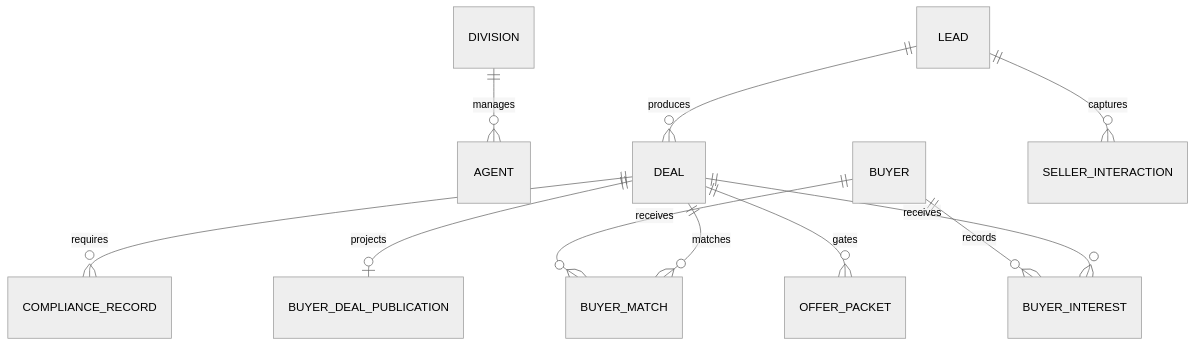
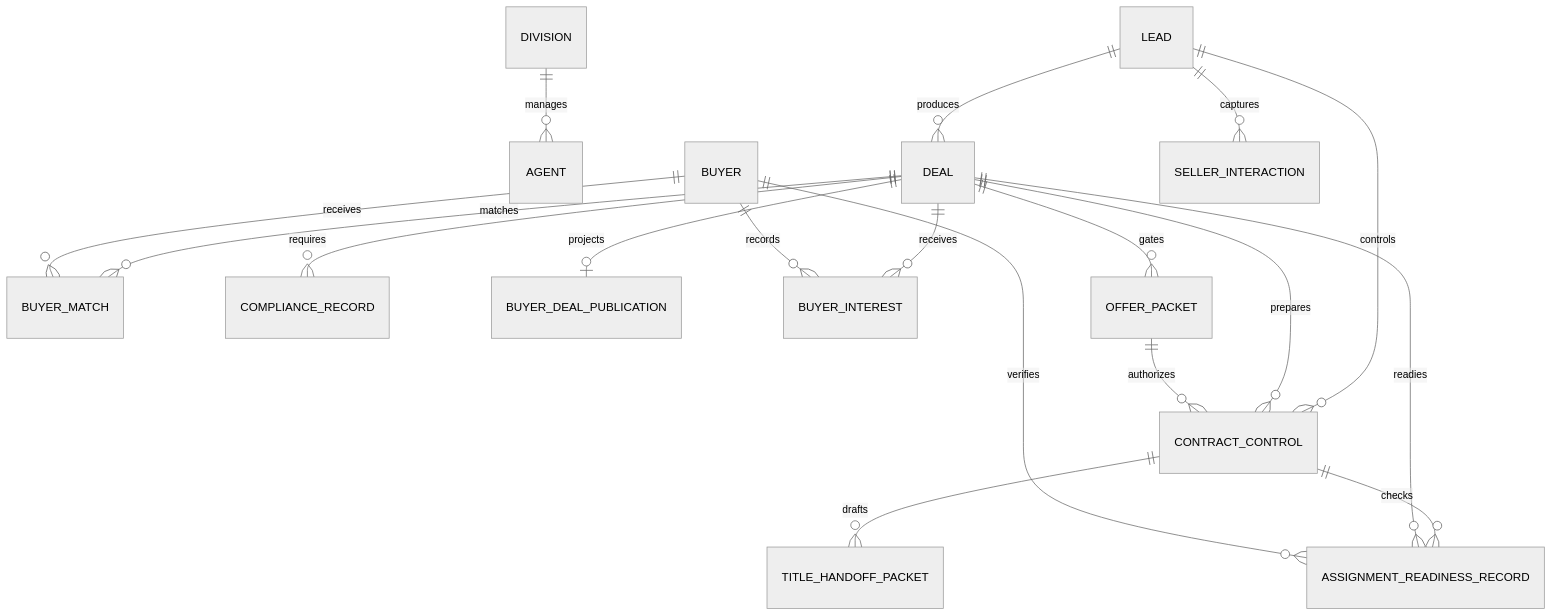
The diagram in docs/ARCHITECTURE.md (ceojoe88/prime2-wholesale-deal-os), drawn with Mermaid (neutral theme) before and after one commit. The commit also changed other lines of this file and 23 other files, not shown here.

Commit message:
Build V4 contract control title handoff gate

````diff
--- a/docs/ARCHITECTURE.md
+++ b/docs/ARCHITECTURE.md
@@ -40,13 +43,20 @@
 ```mermaid
 erDiagram
   DIVISION ||--o{ AGENT : manages
   LEAD ||--o{ DEAL : produces
   DEAL ||--o{ BUYER_MATCH : matches
   BUYER ||--o{ BUYER_MATCH : receives
   DEAL ||--o{ COMPLIANCE_RECORD : requires
   DEAL ||--o| BUYER_DEAL_PUBLICATION : projects
   DEAL ||--o{ BUYER_INTEREST : receives
   BUYER ||--o{ BUYER_INTEREST : records
   LEAD ||--o{ SELLER_INTERACTION : captures
   DEAL ||--o{ OFFER_PACKET : gates
+  LEAD ||--o{ CONTRACT_CONTROL : controls
+  DEAL ||--o{ CONTRACT_CONTROL : prepares
+  OFFER_PACKET ||--o{ CONTRACT_CONTROL : authorizes
+  CONTRACT_CONTROL ||--o{ TITLE_HANDOFF_PACKET : drafts
+  CONTRACT_CONTROL ||--o{ ASSIGNMENT_READINESS_RECORD : checks
+  DEAL ||--o{ ASSIGNMENT_READINESS_RECORD : readies
+  BUYER ||--o{ ASSIGNMENT_READINESS_RECORD : verifies
 ```
````
